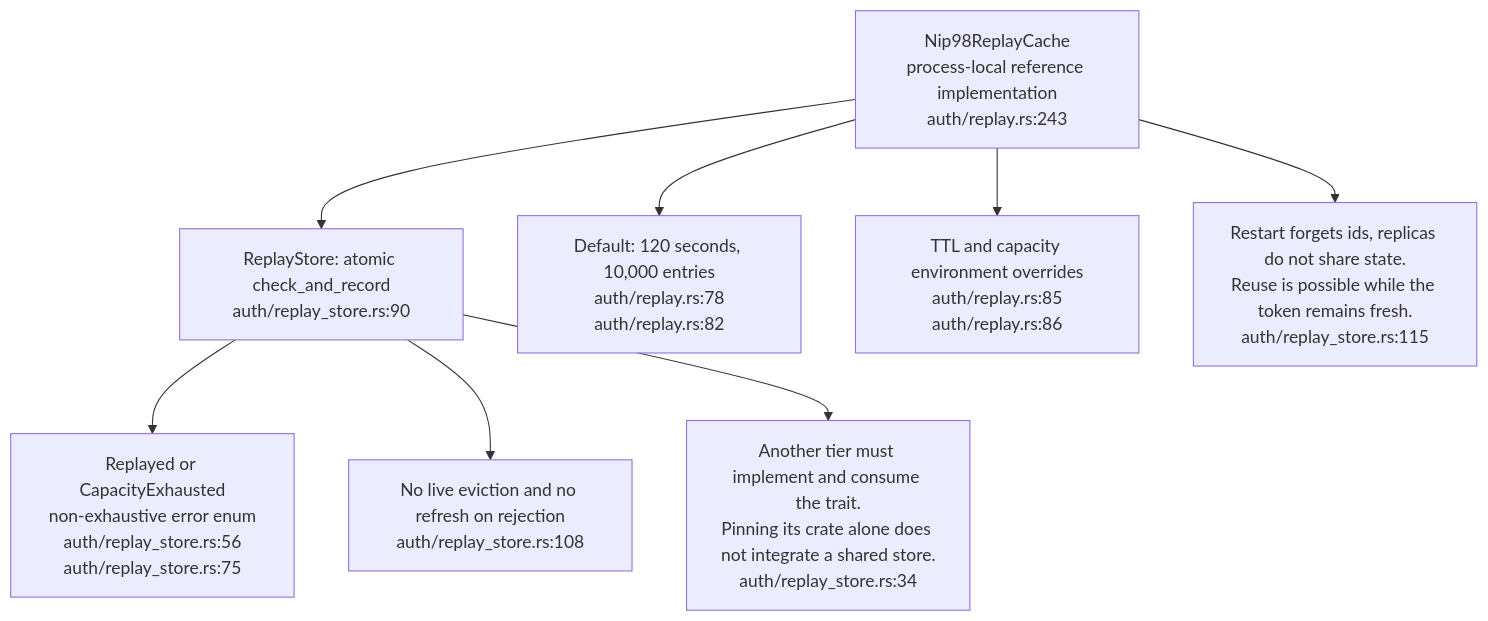
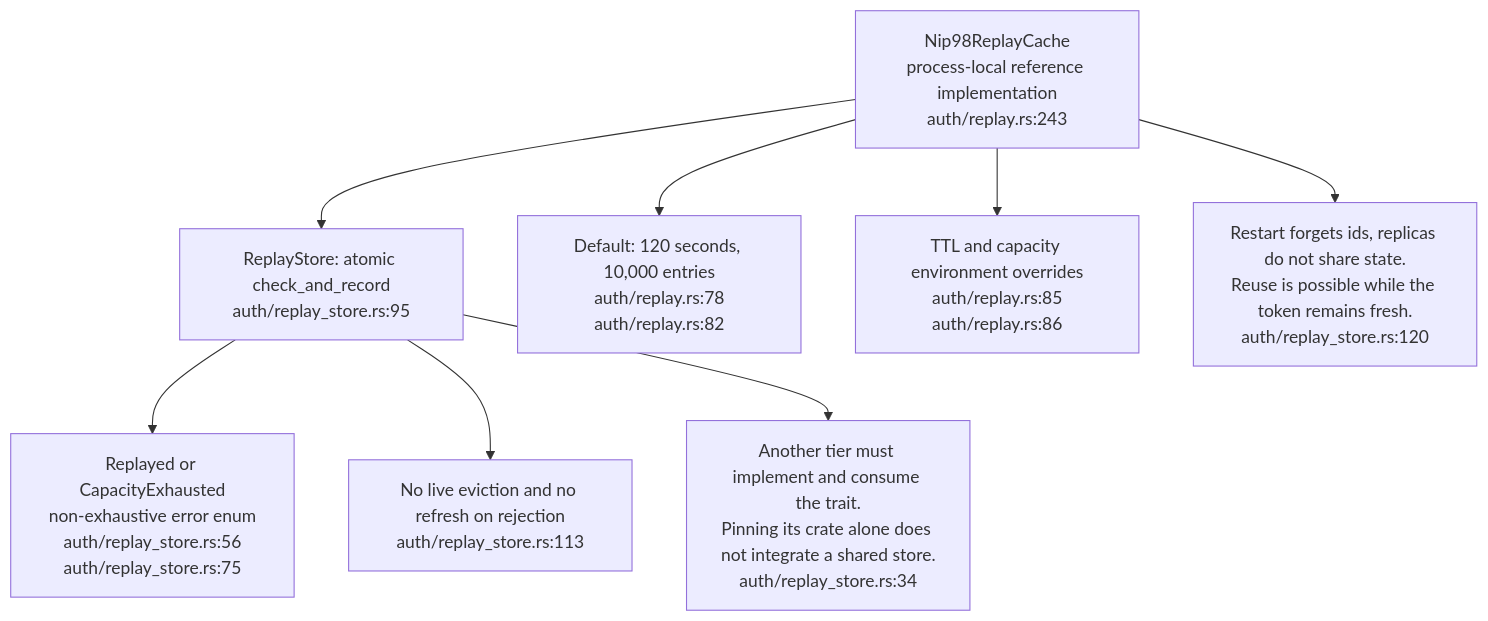
One commit to DreamLab-AI/VisionFlow changed the fifth of 18 diagrams in docs/diagrams/solid-pod-rs/05-identity-nip98-did-oidc.md. Above: the diagram before and after it, drawn with Mermaid. The commit also changed other lines of this file and 59 other files, not shown here.

First line of the commit message:
docs(diagrams): re-derive and re-stamp forum, website, pod, ontomark and sealmap topics

````diff
--- a/docs/diagrams/solid-pod-rs/05-identity-nip98-did-oidc.md
+++ b/docs/diagrams/solid-pod-rs/05-identity-nip98-did-oidc.md
@@ -177,33 +181,33 @@
 ```mermaid
 flowchart TD
     TRAIT["ReplayStore: atomic check_and_record
-auth/replay_store.rs:90"]
+auth/replay_store.rs:95"]
     CACHE["Nip98ReplayCache
 process-local reference implementation
 auth/replay.rs:243"]
     ERROR["Replayed or CapacityExhausted
 non-exhaustive error enum
 auth/replay_store.rs:56
 auth/replay_store.rs:75"]
     RETAIN["No live eviction and no refresh on rejection
-auth/replay_store.rs:108"]
+auth/replay_store.rs:113"]
     DEFAULTS["Default: 120 seconds, 10,000 entries
 auth/replay.rs:78
 auth/replay.rs:82"]
     ENV["TTL and capacity environment overrides
 auth/replay.rs:85
 auth/replay.rs:86"]
     LIMIT["Restart forgets ids, replicas do not share state.
 Reuse is possible while the token remains fresh.
-auth/replay_store.rs:115"]
+auth/replay_store.rs:120"]
     SEAM["Another tier must implement and consume the trait.
 Pinning its crate alone does not integrate a shared store.
 auth/replay_store.rs:34"]
     CACHE --> TRAIT
     TRAIT --> ERROR
     TRAIT --> RETAIN
     CACHE --> DEFAULTS
     CACHE --> ENV
     CACHE --> LIMIT
     TRAIT --> SEAM
 ```
````
